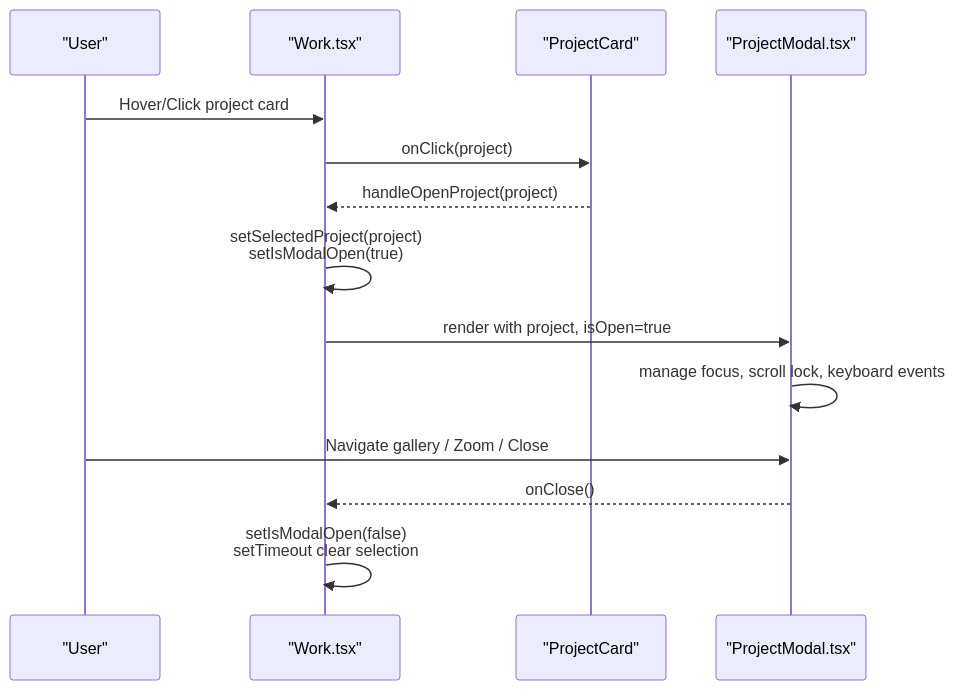
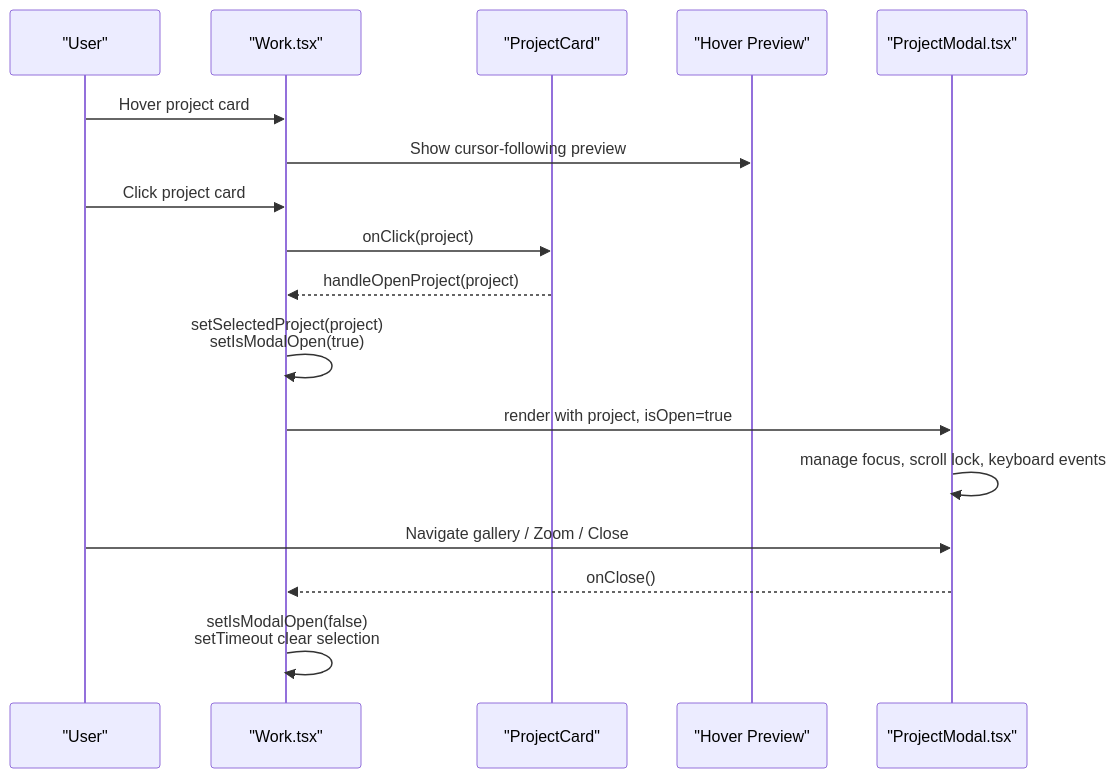
One commit to tee-15/portfolio-tee changed the second of 7 diagrams in .qoder/repowiki/en/content/Core Components/Work Showcase Component.md. Above: the diagram before and after it, drawn with Mermaid. The commit also changed other lines of this file and 27 other files, not shown here.

````diff
--- a/.qoder/repowiki/en/content/Core Components/Work Showcase Component.md
+++ b/.qoder/repowiki/en/content/Core Components/Work Showcase Component.md
@@ -72,16 +82,19 @@
 ```mermaid
 sequenceDiagram
 participant User as "User"
 participant Work as "Work.tsx"
 participant Card as "ProjectCard"
+participant Preview as "Hover Preview"
 participant Modal as "ProjectModal.tsx"
-User->>Work : Hover/Click project card
+User->>Work : Hover project card
+Work->>Preview : Show cursor-following preview
+User->>Work : Click project card
 Work->>Card : onClick(project)
 Card-->>Work : handleOpenProject(project)
 Work->>Work : setSelectedProject(project)<br/>setIsModalOpen(true)
 Work->>Modal : render with project, isOpen=true
 Modal->>Modal : manage focus, scroll lock, keyboard events
 User->>Modal : Navigate gallery / Zoom / Close
 Modal-->>Work : onClose()
 Work->>Work : setIsModalOpen(false)<br/>setTimeout clear selection
 ```
````
